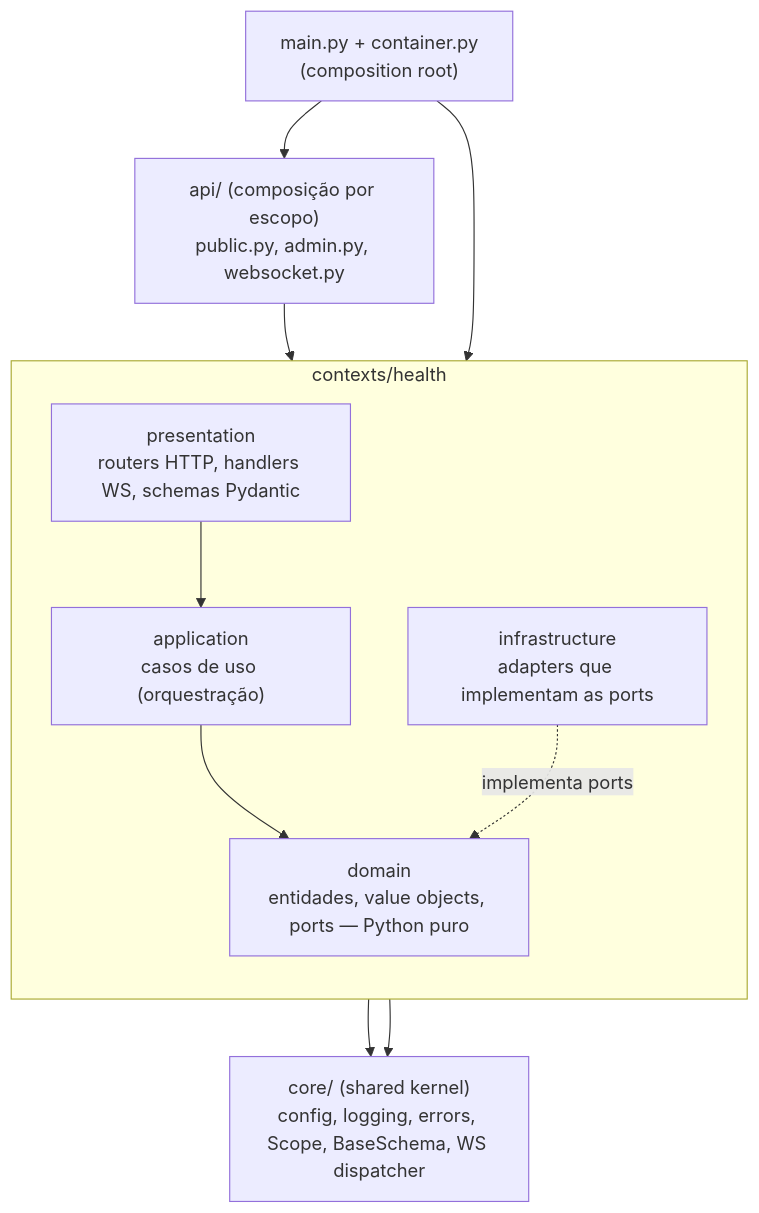
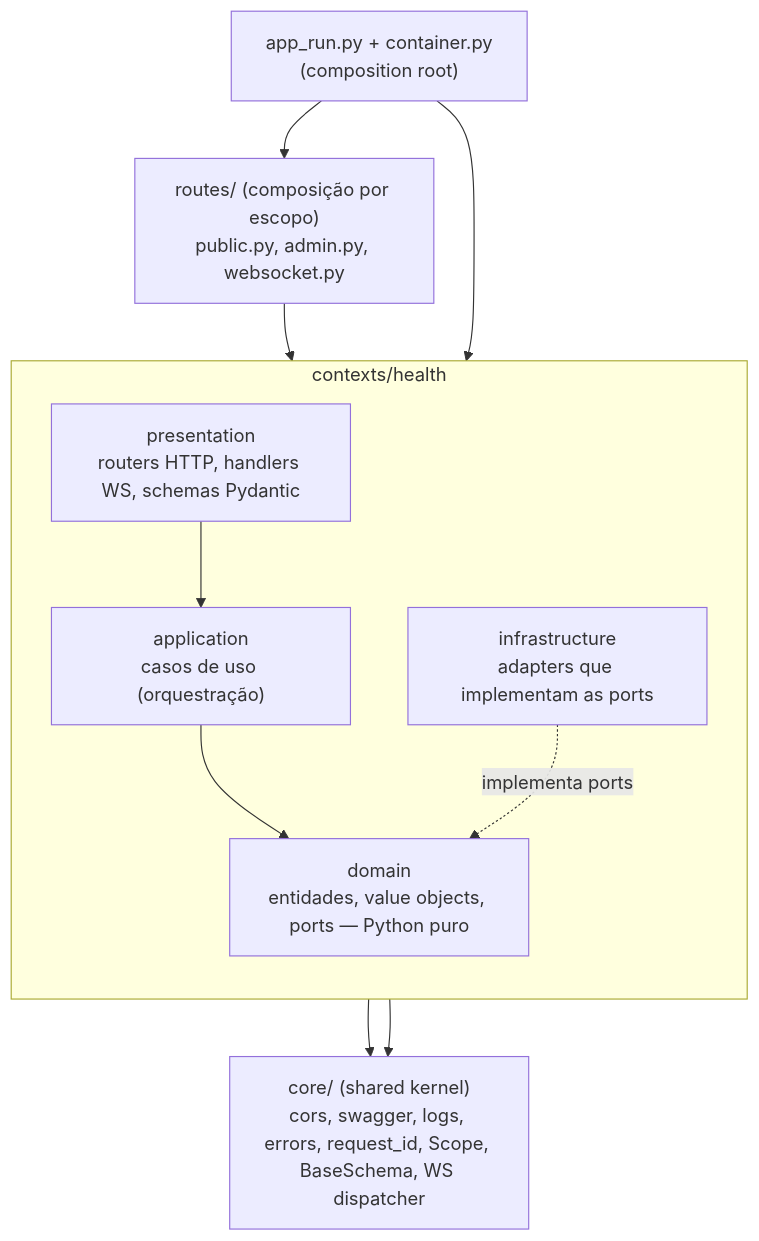
One commit to oseasmoreto/bot-chat changed the diagram in backend/docs/03-arquitetura-ddd.md. Above: the diagram before and after it, drawn with Mermaid. The commit also changed other lines of this file and 121 other files, not shown here.

````diff
--- a/backend/docs/03-arquitetura-ddd.md
+++ b/backend/docs/03-arquitetura-ddd.md
@@ -7,21 +7,21 @@
 ```mermaid
 flowchart TB
     subgraph ctx["contexts/health"]
         direction TB
         P["presentation<br/>routers HTTP, handlers WS, schemas Pydantic"]
         A["application<br/>casos de uso (orquestração)"]
         D["domain<br/>entidades, value objects, ports — Python puro"]
         I["infrastructure<br/>adapters que implementam as ports"]
         P --> A --> D
         I -. "implementa ports" .-> D
     end
-    core["core/ (shared kernel)<br/>config, logging, errors, Scope, BaseSchema, WS dispatcher"]
-    api["api/ (composição por escopo)<br/>public.py, admin.py, websocket.py"]
-    main["main.py + container.py<br/>(composition root)"]
+    core["core/ (shared kernel)<br/>cors, swagger, logs, errors, request_id, Scope, BaseSchema, WS dispatcher"]
+    api["routes/ (composição por escopo)<br/>public.py, admin.py, websocket.py"]
+    main["app_run.py + container.py<br/>(composition root)"]
 
     api --> P
     main --> api
     main --> I
     P --> core
     A --> core
 ```
````
